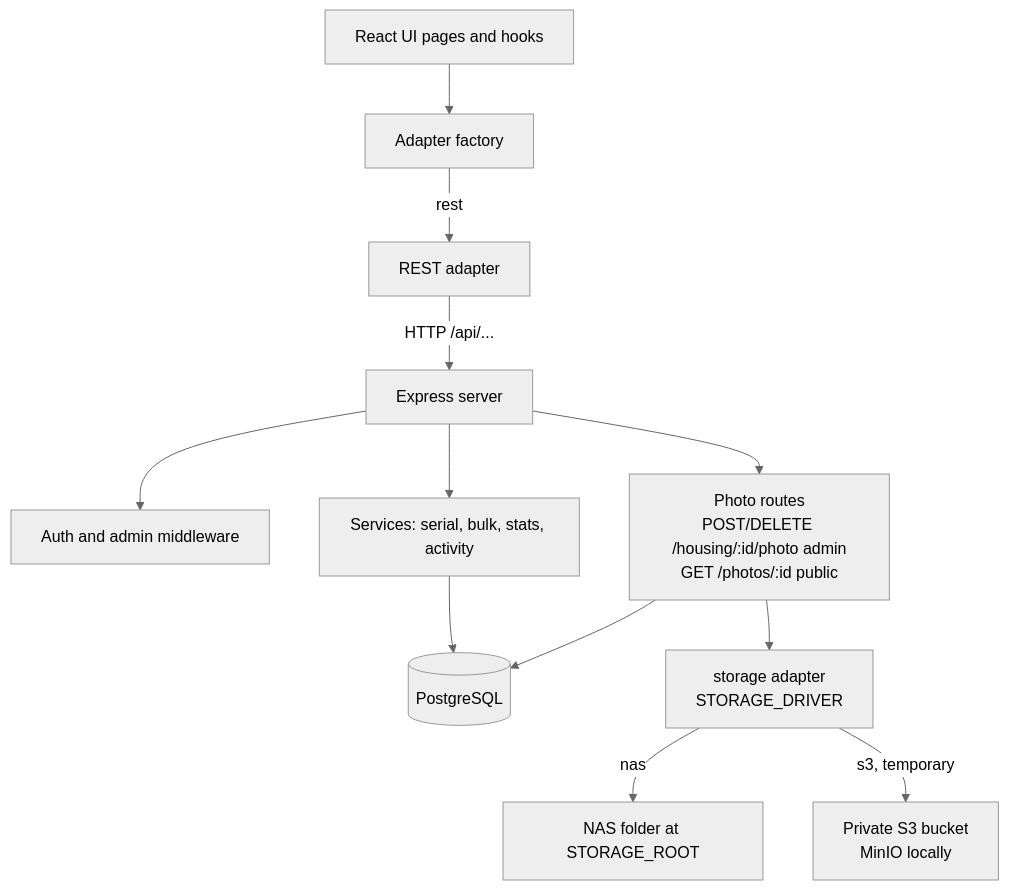
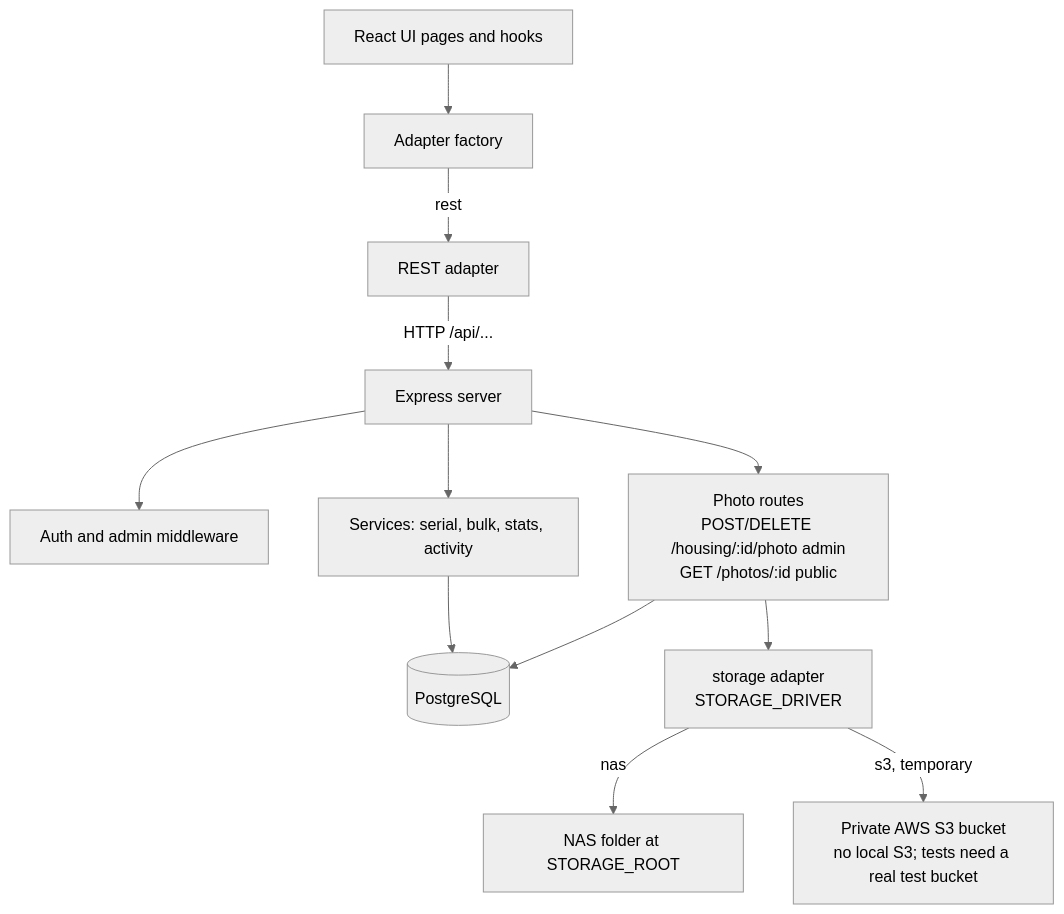
The second of 4 diagrams in docs/diagrams/backend-architecture.md (rajuofficialasf-hub/house-construction), drawn with Mermaid (neutral theme) before and after one commit. The commit also changed other lines of this file and 1 other file, not shown here.

````diff
--- a/docs/diagrams/backend-architecture.md
+++ b/docs/diagrams/backend-architecture.md
@@ -19,14 +19,14 @@
 ```mermaid
 flowchart TB
   UI[React UI pages and hooks] --> F[Adapter factory]
   F -->|rest| RA[REST adapter]
   RA -->|HTTP /api/...| EX[Express server]
   EX --> MW[Auth and admin middleware]
   EX --> SV[Services: serial, bulk, stats, activity]
   SV --> PG[(PostgreSQL)]
   EX --> PH[Photo routes<br/>POST/DELETE /housing/:id/photo admin<br/>GET /photos/:id public]
   PH --> PG
   PH --> STG[storage adapter<br/>STORAGE_DRIVER]
   STG -->|nas| NAS[NAS folder at STORAGE_ROOT]
-  STG -->|s3, temporary| S3[Private S3 bucket<br/>MinIO locally]
+  STG -->|s3, temporary| S3[Private AWS S3 bucket<br/>no local S3; tests need a real test bucket]
 ```
````
